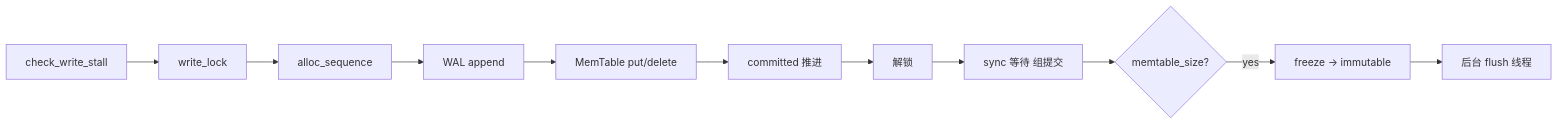
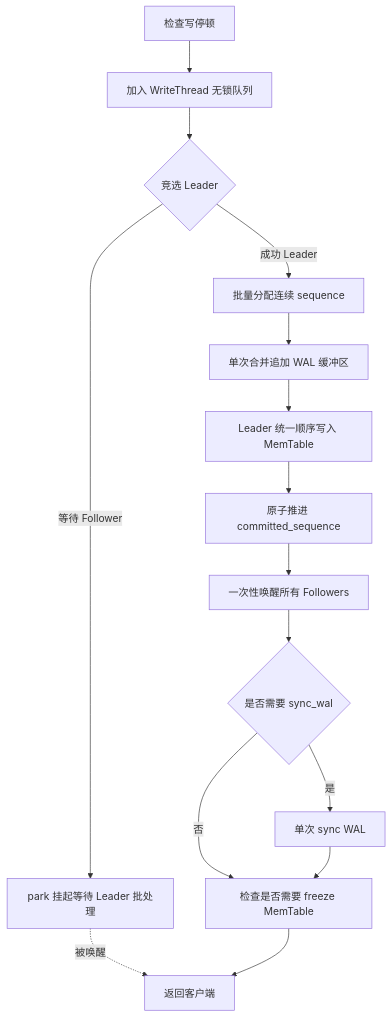
Before and after one commit to wiqun/AiDb: the first of 2 diagrams in docs/modules/01-engine.md, drawn with Mermaid. The commit also changed other lines of this file and 38 other files, not shown here.

````diff
--- a/docs/modules/01-engine.md
+++ b/docs/modules/01-engine.md
@@ -62,13 +62,17 @@
 ```mermaid
-flowchart LR
-    W[check_write_stall] --> L[write_lock]
-    L --> S[alloc_sequence]
-    S --> WAL[WAL append]
-    WAL --> MT[MemTable put/delete]
-    MT --> CM[committed 推进]
-    CM --> UL[解锁]
-    UL --> SY[sync 等待 组提交]
-    SY --> F{memtable_size?}
-    F -->|yes| FR[freeze → immutable]
-    FR --> BG[后台 flush 线程]
+flowchart TD
+    W[检查写停顿] --> Q[加入 WriteThread 无锁队列]
+    Q --> E{竞选 Leader}
+    E -->|成功 Leader| L1[批量分配连续 sequence]
+    L1 --> L2[单次合并追加 WAL 缓冲区]
+    L2 --> L3[Leader 统一顺序写入 MemTable]
+    E -->|等待 Follower| P[park 挂起等待 Leader 批处理]
+    L3 --> C[原子推进 committed_sequence]
+    C --> U[一次性唤醒所有 Followers]
+    P -.->|被唤醒| R
+    U --> S{是否需要 sync_wal}
+    S -->|是| SY[单次 sync WAL]
+    S -->|否| F[检查是否需要 freeze MemTable]
+    SY --> F
+    F --> R[返回客户端]
 ```
````
